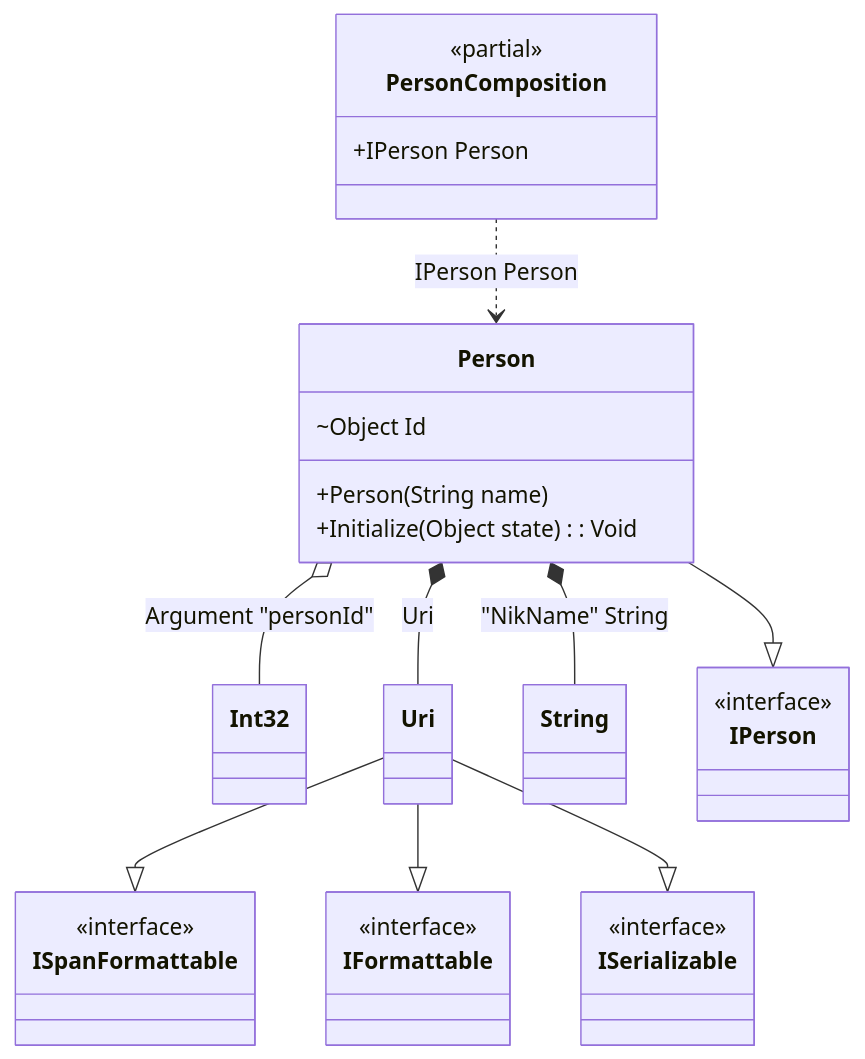
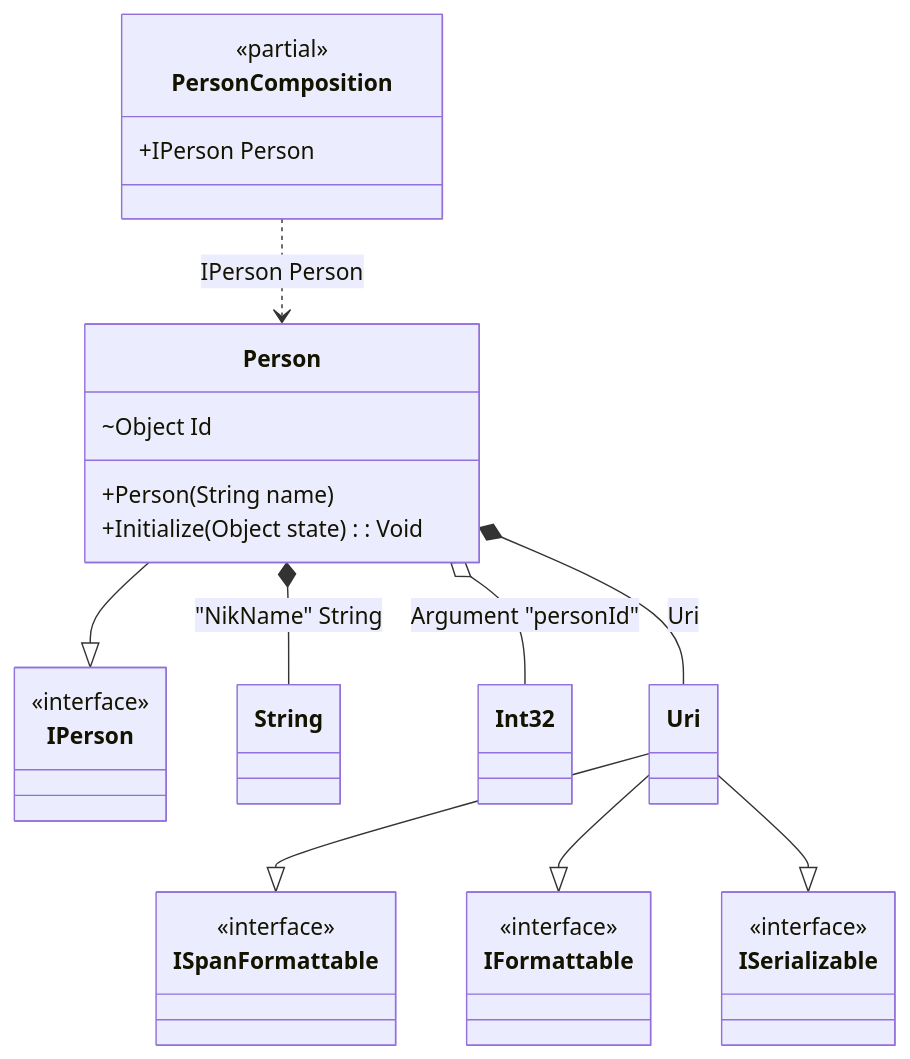
Before and after one commit to DevTeam/Pure.DI: the diagram in readme/custom-attributes.md, drawn with Mermaid. The commit also changed other lines of this file and 92 other files, not shown here.

````diff
--- a/readme/custom-attributes.md
+++ b/readme/custom-attributes.md
@@ -111,35 +111,35 @@
 ```mermaid
 classDiagram
 	class PersonComposition {
 		<<partial>>
 		+IPerson Person
 	}
+	Person --|> IPerson
+	class Person {
+		+Person(String name)
+		~Object Id
+		+Initialize(Object state) : Void
+	}
+	class String
 	class Int32
 	Uri --|> ISpanFormattable
 	Uri --|> IFormattable
 	Uri --|> ISerializable
 	class Uri
-	class String
-	Person --|> IPerson
-	class Person {
-		+Person(String name)
-		~Object Id
-		+Initialize(Object state) : Void
+	class IPerson {
+		<<interface>>
 	}
 	class ISpanFormattable {
 		<<interface>>
 	}
 	class IFormattable {
 		<<interface>>
 	}
 	class ISerializable {
 		<<interface>>
 	}
-	class IPerson {
-		<<interface>>
-	}
 	PersonComposition ..> Person : IPerson Person
 	Person *--  String : "NikName"  String
 	Person o-- Int32 : Argument "personId"
 	Person *--  Uri : Uri
 ```
````
